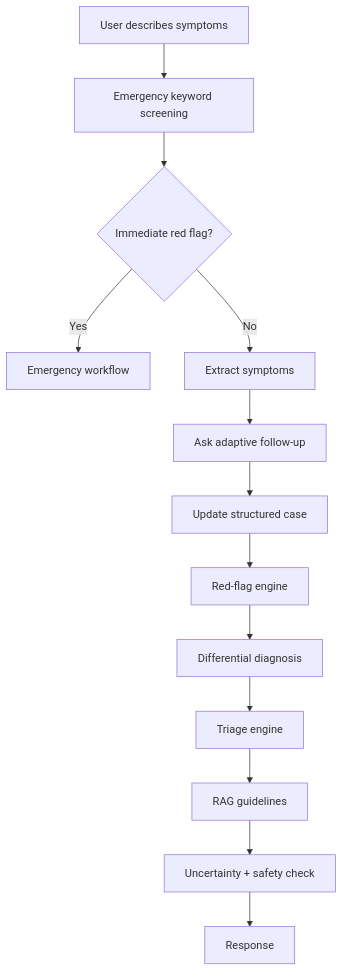
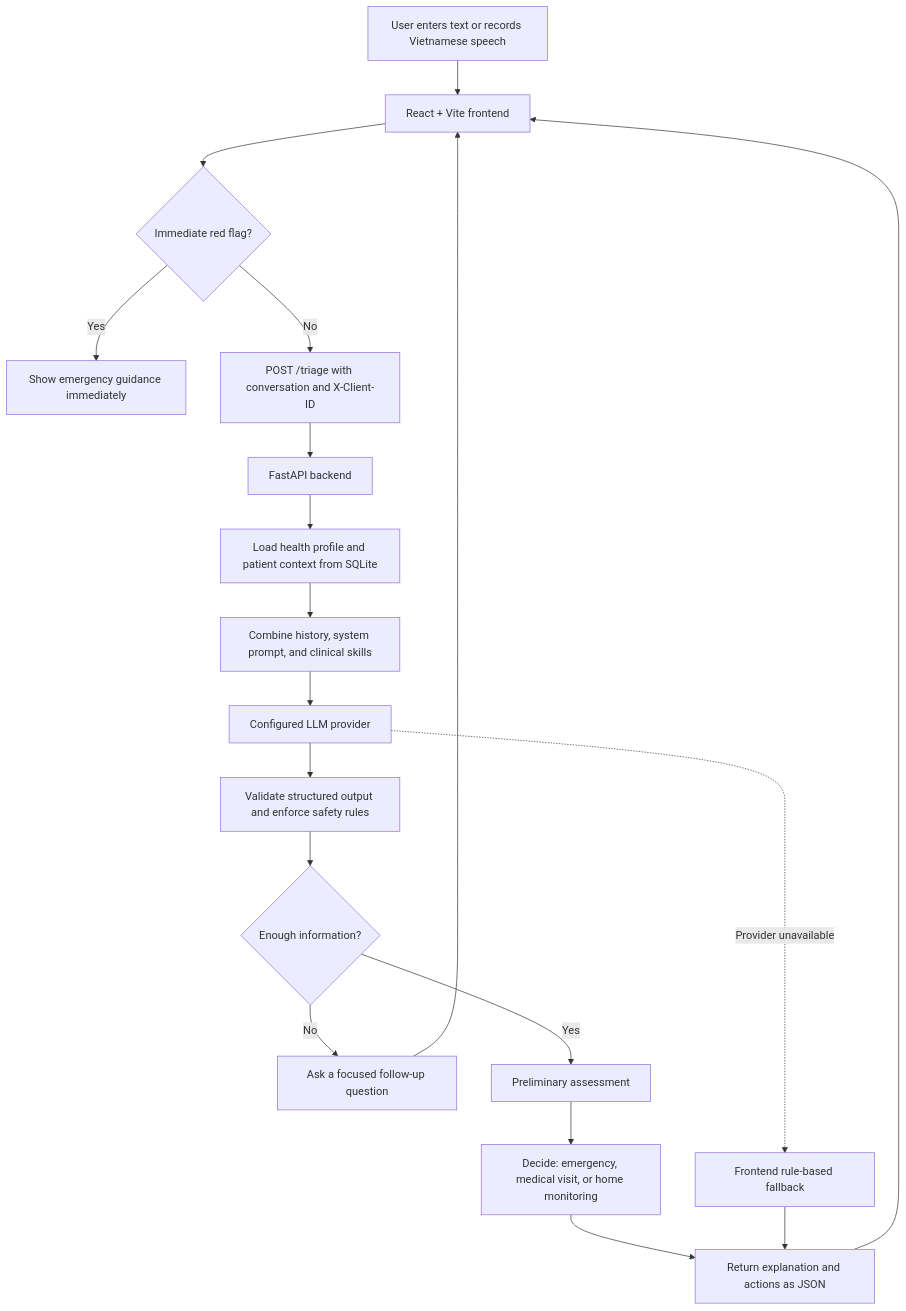
The diagram in README.md (trluowng/VHO), drawn with Mermaid before and after one commit. The commit also changed other lines of this file and 12 other files, not shown here.

Commit message:
feat: improve patient-aware preliminary triage

````diff
--- a/README.md
+++ b/README.md
@@ -785,15 +5,21 @@
 ```mermaid
 flowchart TD
-    A[User describes symptoms] --> B[Emergency keyword screening]
+    A[User enters text or records Vietnamese speech] --> B[React + Vite frontend]
     B --> C{Immediate red flag?}
-    C -- Yes --> D[Emergency workflow]
-    C -- No --> E[Extract symptoms]
-    E --> F[Ask adaptive follow-up]
-    F --> G[Update structured case]
-    G --> H[Red-flag engine]
-    H --> I[Differential diagnosis]
-    I --> J[Triage engine]
-    J --> K[RAG guidelines]
-    K --> L[Uncertainty + safety check]
-    L --> M[Response]
+    C -->|Yes| D[Show emergency guidance immediately]
+    C -->|No| E[POST /triage with conversation and X-Client-ID]
+    E --> F[FastAPI backend]
+    F --> G[Load health profile and patient context from SQLite]
+    G --> H[Combine history, system prompt, and clinical skills]
+    H --> I[Configured LLM provider]
+    I --> J[Validate structured output and enforce safety rules]
+    J --> K{Enough information?}
+    K -->|No| L[Ask a focused follow-up question]
+    L --> B
+    K -->|Yes| M[Preliminary assessment]
+    M --> N[Decide: emergency, medical visit, or home monitoring]
+    N --> O[Return explanation and actions as JSON]
+    O --> B
+    I -. Provider unavailable .-> P[Frontend rule-based fallback]
+    P --> O
 ```
````
